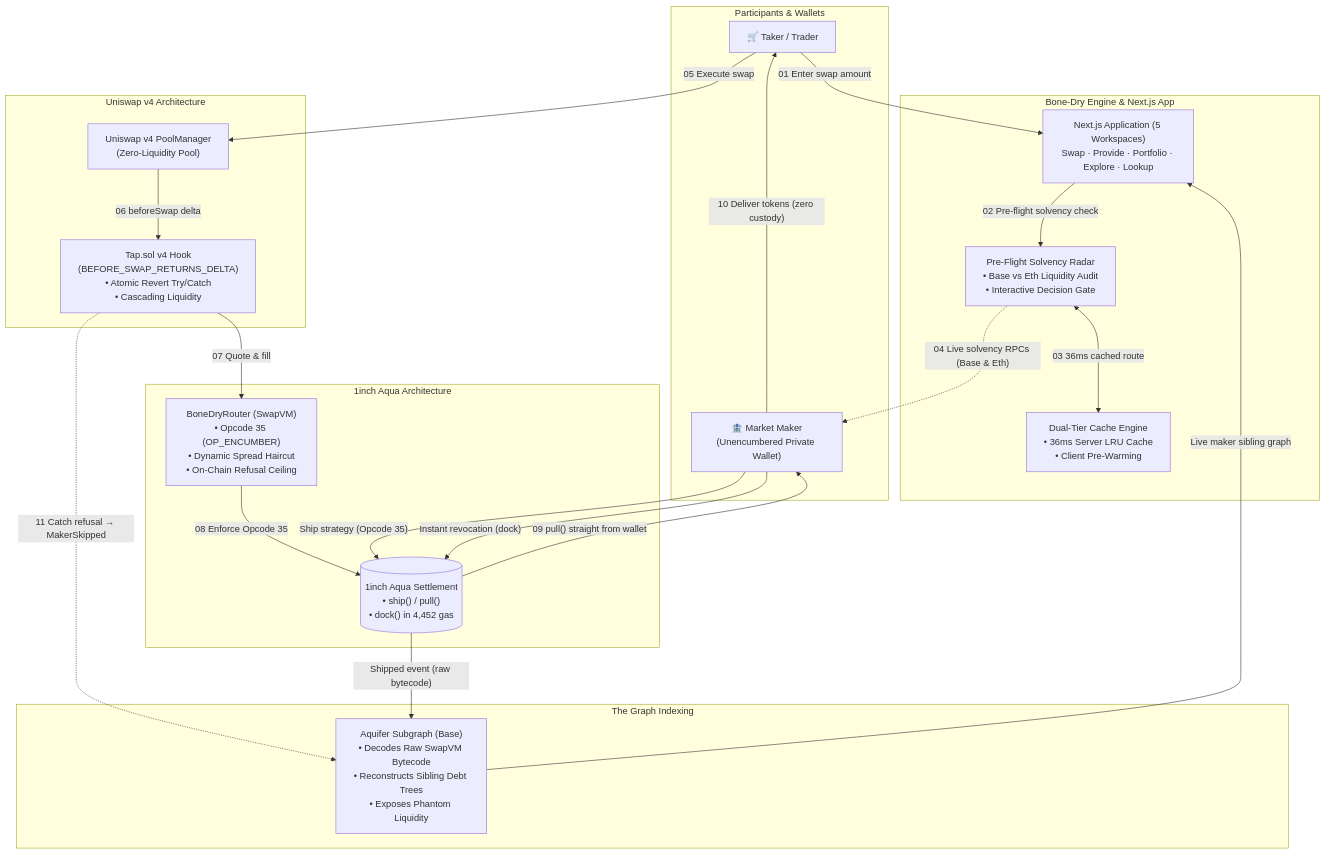
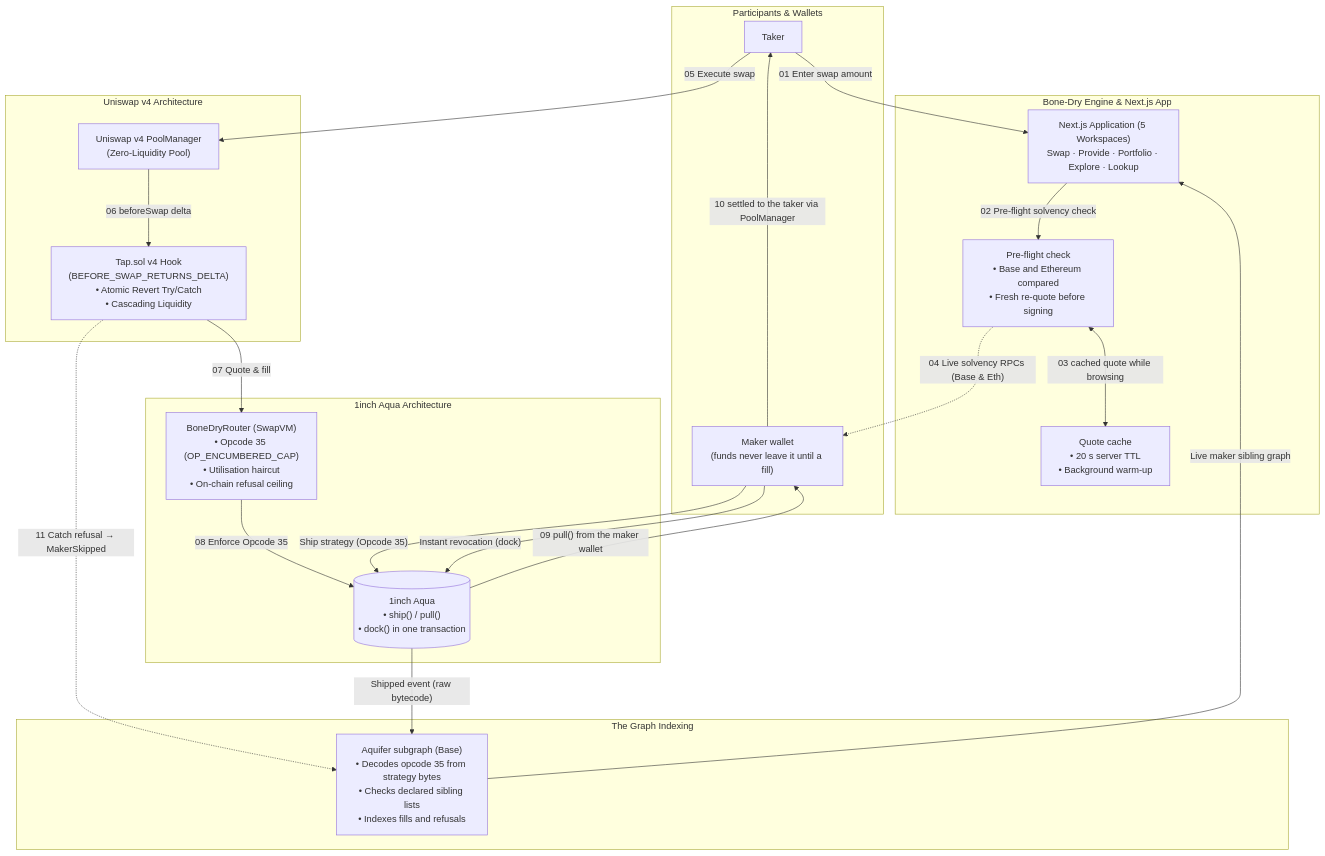
Before and after one commit to dhruv457457/Bone-Dry: the second of 2 diagrams in README.md, drawn with Mermaid. The commit also changed other lines of this file, not shown here.

First line of the commit message:
README: cross-chain section, Ethereum deployment, corrected figures

````diff
--- a/README.md
+++ b/README.md
@@ -296,46 +262,46 @@
 ```mermaid
 flowchart TB
   subgraph users["Participants & Wallets"]
-    T["🛒 Taker / Trader"]
-    M["🏦 Market Maker<br/>(Unencumbered Private Wallet)"]
+    T["Taker"]
+    M["Maker wallet<br/>(funds never leave it until a fill)"]
   end
 
   subgraph u4["Uniswap v4 Architecture"]
     PM["Uniswap v4 PoolManager<br/>(Zero-Liquidity Pool)"]
     TAP["Tap.sol v4 Hook<br/>(BEFORE_SWAP_RETURNS_DELTA)<br/>• Atomic Revert Try/Catch<br/>• Cascading Liquidity"]
   end
 
   subgraph oneinch["1inch Aqua Architecture"]
-    BDR["BoneDryRouter (SwapVM)<br/>• Opcode 35 (OP_ENCUMBER)<br/>• Dynamic Spread Haircut<br/>• On-Chain Refusal Ceiling"]
-    AQ[("1inch Aqua Settlement<br/>• ship() / pull()<br/>• dock() in 4,452 gas")]
+    BDR["BoneDryRouter (SwapVM)<br/>• Opcode 35 (OP_ENCUMBERED_CAP)<br/>• Utilisation haircut<br/>• On-chain refusal ceiling"]
+    AQ[("1inch Aqua<br/>• ship() / pull()<br/>• dock() in one transaction")]
   end
 
   subgraph thegraph["The Graph Indexing"]
-    SG["Aquifer Subgraph (Base)<br/>• Decodes Raw SwapVM Bytecode<br/>• Reconstructs Sibling Debt Trees<br/>• Exposes Phantom Liquidity"]
+    SG["Aquifer subgraph (Base)<br/>• Decodes opcode 35 from strategy bytes<br/>• Checks declared sibling lists<br/>• Indexes fills and refusals"]
   end
 
   subgraph engine["Bone-Dry Engine & Next.js App"]
-    MEM["Dual-Tier Cache Engine<br/>• 36ms Server LRU Cache<br/>• Client Pre-Warming"]
-    PRE["Pre-Flight Solvency Radar<br/>• Base vs Eth Liquidity Audit<br/>• Interactive Decision Gate"]
+    MEM["Quote cache<br/>• 20 s server TTL<br/>• Background warm-up"]
+    PRE["Pre-flight check<br/>• Base and Ethereum compared<br/>• Fresh re-quote before signing"]
     UI["Next.js Application (5 Workspaces)<br/>Swap · Provide · Portfolio · Explore · Lookup"]
   end
 
   %% Taker Flow (Swap)
   T -->|"01 Enter swap amount"| UI
   UI -->|"02 Pre-flight solvency check"| PRE
-  PRE <-->|"03 36ms cached route"| MEM
+  PRE <-->|"03 cached quote while browsing"| MEM
   PRE -.->|"04 Live solvency RPCs (Base & Eth)"| M
   T -->|"05 Execute swap"| PM
   PM -->|"06 beforeSwap delta"| TAP
   TAP -->|"07 Quote & fill"| BDR
   BDR -->|"08 Enforce Opcode 35"| AQ
-  AQ -->|"09 pull() straight from wallet"| M
-  M -->|"10 Deliver tokens (zero custody)"| T
+  AQ -->|"09 pull() from the maker wallet"| M
+  M -->|"10 settled to the taker via PoolManager"| T
   TAP -.->|"11 Catch refusal → MakerSkipped"| SG
 
   %% Maker Flow (Provide & Manage)
   M -->|"Ship strategy (Opcode 35)"| AQ
   M -->|"Instant revocation (dock)"| AQ
   AQ -->|"Shipped event (raw bytecode)"| SG
   SG -->|"Live maker sibling graph"| UI
 ```
````
